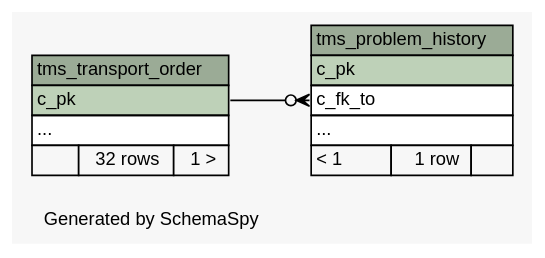
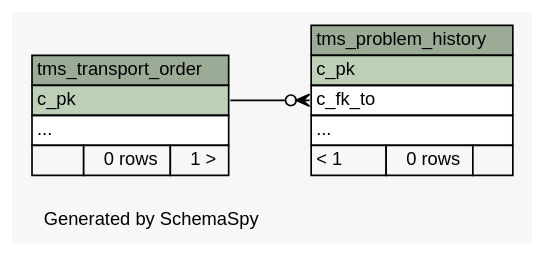
One commit to openwms/org.openwms.tms.transportation changed the diagram in 1.4.0-SNAPSHOT/schemaspy/diagrams/summary/relationships.real.compact.dot. Above: the diagram before and after it, drawn with Graphviz. The commit also changed 461 other files, not shown here.

```diff
--- a/1.4.0-SNAPSHOT/schemaspy/diagrams/summary/relationships.real.compact.dot
+++ b/1.4.0-SNAPSHOT/schemaspy/diagrams/summary/relationships.real.compact.dot
@@ -1,46 +1,46 @@
 // dot 2.36.0 on Linux 4.4.0-101-generic
 // SchemaSpy rev Unknown
 digraph "compactRelationshipsDiagram" {
   graph [
     rankdir="RL"
     bgcolor="#f7f7f7"
     label="\nGenerated by SchemaSpy"
     labeljust="l"
     nodesep="0.18"
     ranksep="0.46"
     fontname="Helvetica"
     fontsize="11"
   ];
   node [
     fontname="Helvetica"
     fontsize="11"
     shape="plaintext"
   ];
   edge [
     arrowsize="0.8"
   ];
   "tms_problem_history" [
     label=<
     <TABLE BORDER="0" CELLBORDER="1" CELLSPACING="0" BGCOLOR="#ffffff">
       <TR><TD COLSPAN="3" BGCOLOR="#9bab96" ALIGN="CENTER">tms_problem_history</TD></TR>
       <TR><TD PORT="c_pk" COLSPAN="3" BGCOLOR="#bed1b8" ALIGN="LEFT">c_pk</TD></TR>
       <TR><TD PORT="c_fk_to" COLSPAN="3" ALIGN="LEFT">c_fk_to</TD></TR>
       <TR><TD PORT="elipses" COLSPAN="3" ALIGN="LEFT">...</TD></TR>
-      <TR><TD ALIGN="LEFT" BGCOLOR="#f7f7f7">&lt; 1</TD><TD ALIGN="RIGHT" BGCOLOR="#f7f7f7">1 row</TD><TD ALIGN="RIGHT" BGCOLOR="#f7f7f7">  </TD></TR>
+      <TR><TD ALIGN="LEFT" BGCOLOR="#f7f7f7">&lt; 1</TD><TD ALIGN="RIGHT" BGCOLOR="#f7f7f7">0 rows</TD><TD ALIGN="RIGHT" BGCOLOR="#f7f7f7">  </TD></TR>
     </TABLE>>
     URL="tables/tms_problem_history.html"
     tooltip="tms_problem_history"
   ];
   "tms_transport_order" [
     label=<
     <TABLE BORDER="0" CELLBORDER="1" CELLSPACING="0" BGCOLOR="#ffffff">
       <TR><TD COLSPAN="3" BGCOLOR="#9bab96" ALIGN="CENTER">tms_transport_order</TD></TR>
       <TR><TD PORT="c_pk" COLSPAN="3" BGCOLOR="#bed1b8" ALIGN="LEFT">c_pk</TD></TR>
       <TR><TD PORT="elipses" COLSPAN="3" ALIGN="LEFT">...</TD></TR>
-      <TR><TD ALIGN="LEFT" BGCOLOR="#f7f7f7">  </TD><TD ALIGN="RIGHT" BGCOLOR="#f7f7f7">32 rows</TD><TD ALIGN="RIGHT" BGCOLOR="#f7f7f7">1 &gt;</TD></TR>
+      <TR><TD ALIGN="LEFT" BGCOLOR="#f7f7f7">  </TD><TD ALIGN="RIGHT" BGCOLOR="#f7f7f7">0 rows</TD><TD ALIGN="RIGHT" BGCOLOR="#f7f7f7">1 &gt;</TD></TR>
     </TABLE>>
     URL="tables/tms_transport_order.html"
     tooltip="tms_transport_order"
   ];
   "tms_problem_history":"c_fk_to":w -> "tms_transport_order":"c_pk":e [arrowhead=none dir=back arrowtail=crowodot];
 }
```
